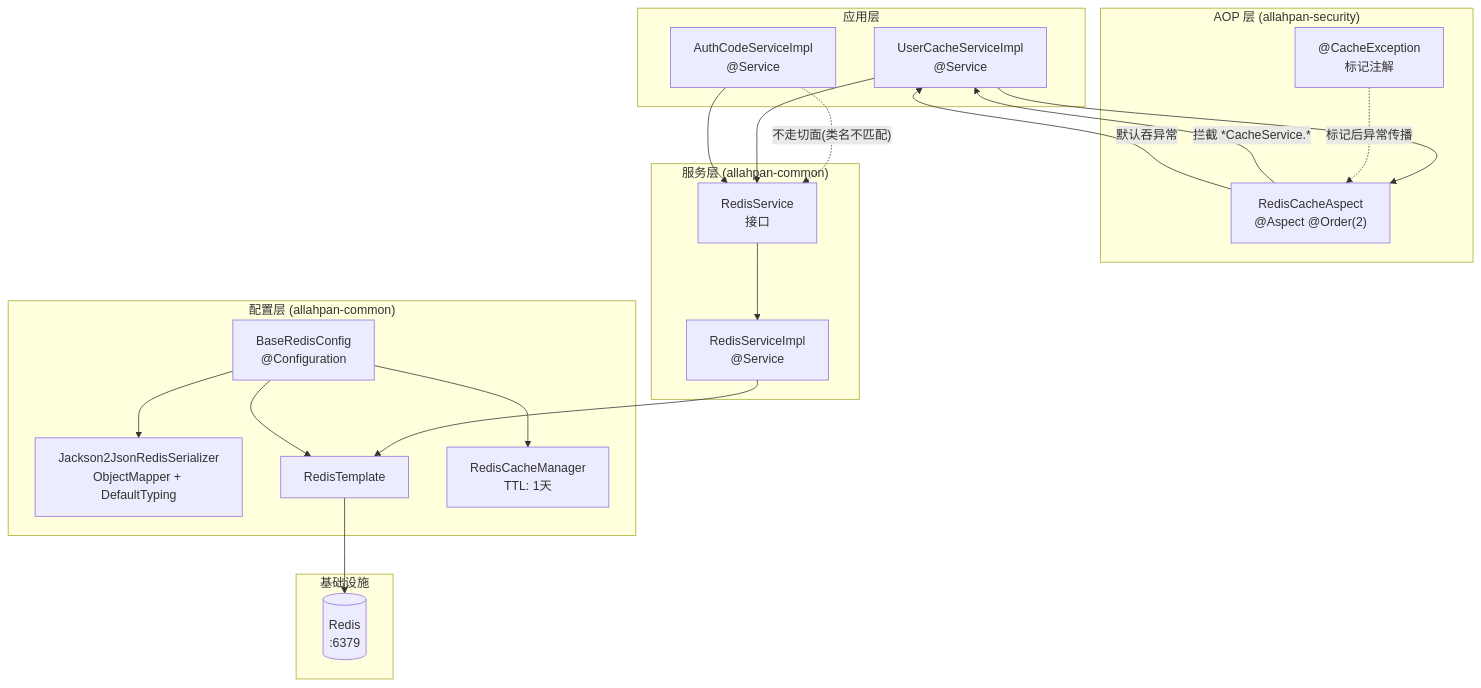
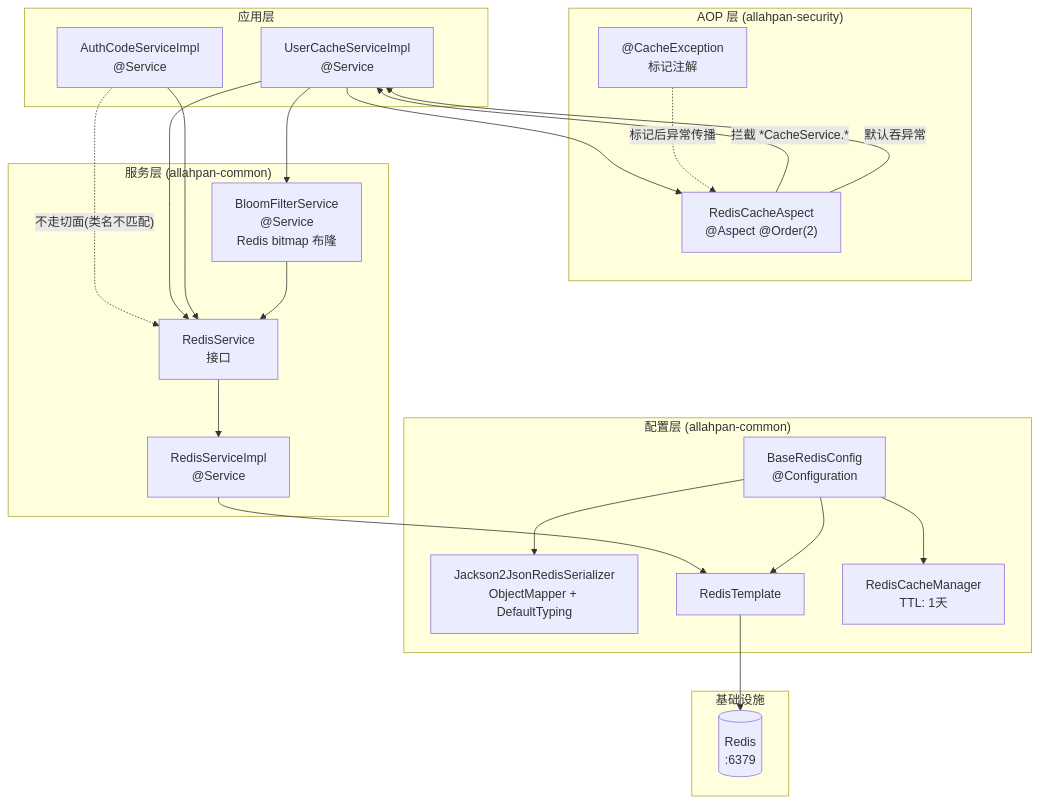
Before and after one commit to AfterMaxQ/AllahPan: the first of 4 diagrams in docs/architecture/05-cache-architecture.md, drawn with Mermaid. The commit also changed other lines of this file and 51 other files, not shown here.

````diff
--- a/docs/architecture/05-cache-architecture.md
+++ b/docs/architecture/05-cache-architecture.md
@@ -5,42 +5,45 @@
 ```mermaid
 graph TD
     subgraph "应用层"
         UserCache["UserCacheServiceImpl<br/>@Service"]
         AuthCode["AuthCodeServiceImpl<br/>@Service"]
     end
 
     subgraph "AOP 层 (allahpan-security)"
         Aspect["RedisCacheAspect<br/>@Aspect @Order(2)"]
         Annotation["@CacheException<br/>标记注解"]
     end
 
     subgraph "服务层 (allahpan-common)"
         RedisSvc["RedisService<br/>接口"]
         RedisImpl["RedisServiceImpl<br/>@Service"]
+        BloomFilter["BloomFilterService<br/>@Service<br/>Redis bitmap 布隆"]
     end
 
     subgraph "配置层 (allahpan-common)"
         Config["BaseRedisConfig<br/>@Configuration"]
         Serializer["Jackson2JsonRedisSerializer<br/>ObjectMapper + DefaultTyping"]
         Template["RedisTemplate<br/><String, Object>"]
         CacheManager["RedisCacheManager<br/>TTL: 1天"]
     end
 
     subgraph "基础设施"
         Redis[(Redis<br/>:6379)]
     end
 
     UserCache --> Aspect
+    UserCache --> BloomFilter
     AuthCode -.->|"不走切面(类名不匹配)"| RedisSvc
     Aspect -->|"拦截 *CacheService.*"| UserCache
     Aspect -->|"默认吞异常"| UserCache
     Annotation -.->|"标记后异常传播"| Aspect
     UserCache --> RedisSvc
     AuthCode --> RedisSvc
+    BloomFilter --> RedisSvc
     RedisSvc --> RedisImpl
     RedisImpl --> Template
     Template --> Redis
     Config --> Serializer
     Config --> Template
     Config --> CacheManager
 ```
````
